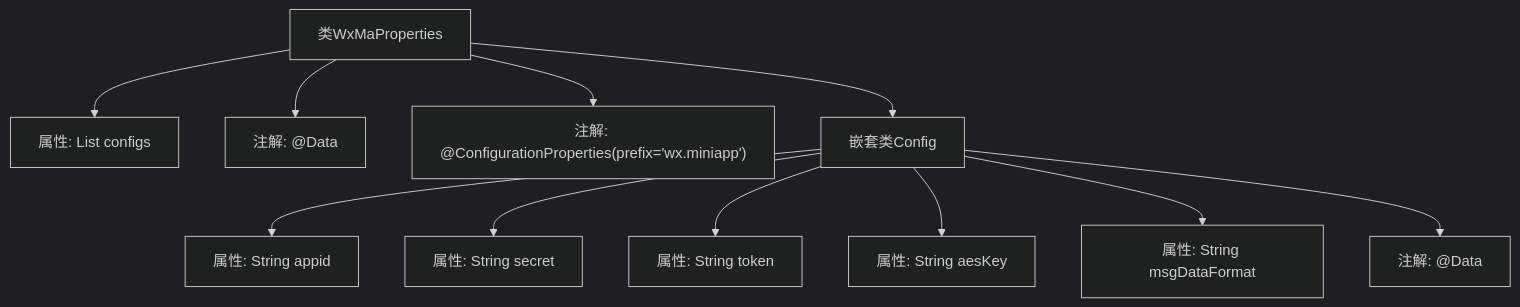
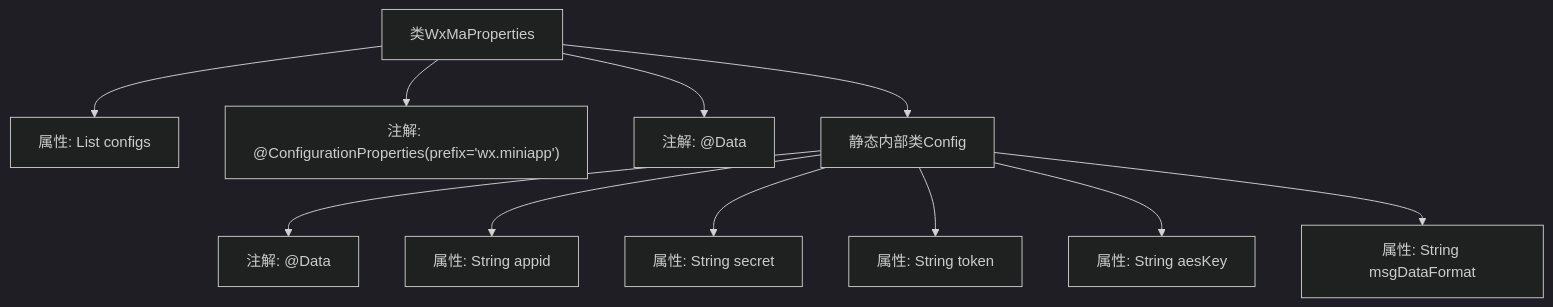
The second of 2 diagrams in docs/zh/docs/src/main/java/com/github/binarywang/demo/wx/miniapp/config/WxMaProperties.md (v-wjrong/rongwj666_weixin-java-miniapp-demo), drawn with Mermaid (dark theme) before and after one commit. The commit also changed other lines of this file and 46 other files, not shown here.

````diff
--- a/docs/zh/docs/src/main/java/com/github/binarywang/demo/wx/miniapp/config/WxMaProperties.md
+++ b/docs/zh/docs/src/main/java/com/github/binarywang/demo/wx/miniapp/config/WxMaProperties.md
@@ -70,25 +70,25 @@
 ```mermaid
 graph TD
     A["类WxMaProperties"]
     B["属性: List<Config> configs"]
-    C["注解: @Data"]
-    D["注解: @ConfigurationProperties(prefix='wx.miniapp')"]
-    E["嵌套类Config"]
+    C["注解: @ConfigurationProperties(prefix='wx.miniapp')"]
+    D["注解: @Data"]
+    E["静态内部类Config"]
     F["属性: String appid"]
     G["属性: String secret"]
     H["属性: String token"]
     I["属性: String aesKey"]
     J["属性: String msgDataFormat"]
     K["注解: @Data"]
 
+    A --> D
+    A --> C
     A --> B
-    A --> C
-    A --> D
     A --> E
+    E --> K
     E --> F
     E --> G
     E --> H
     E --> I
     E --> J
-    E --> K
 ```
````
